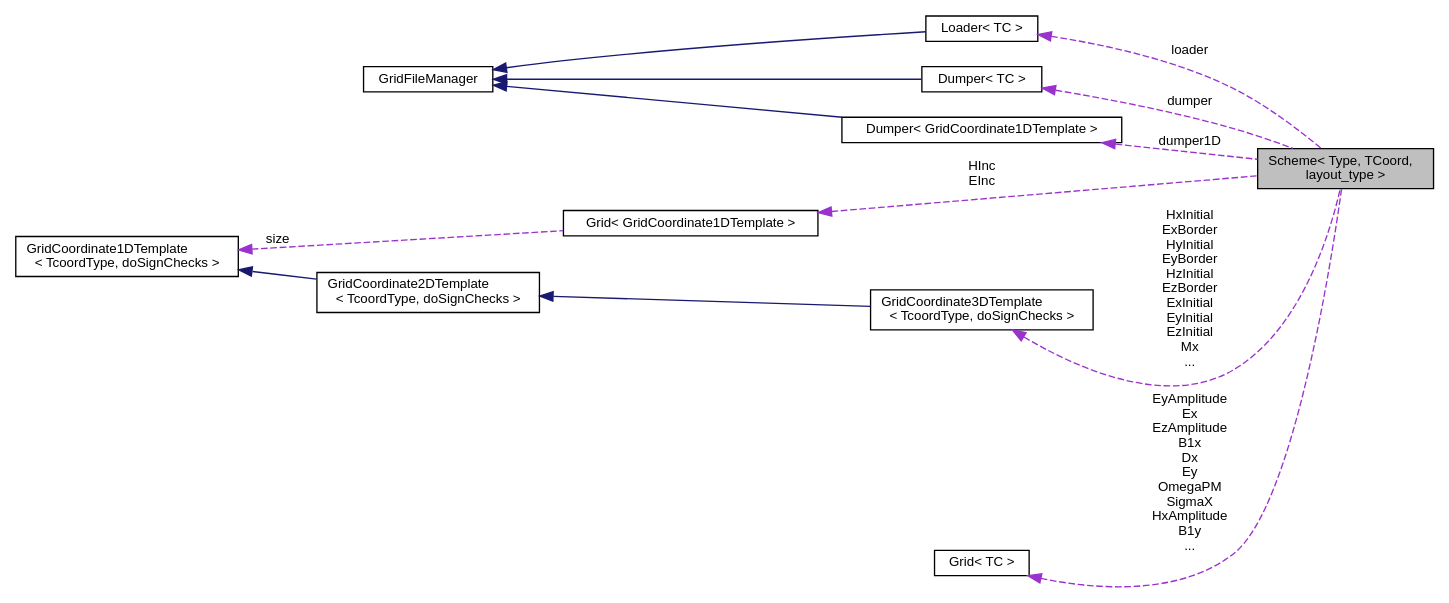
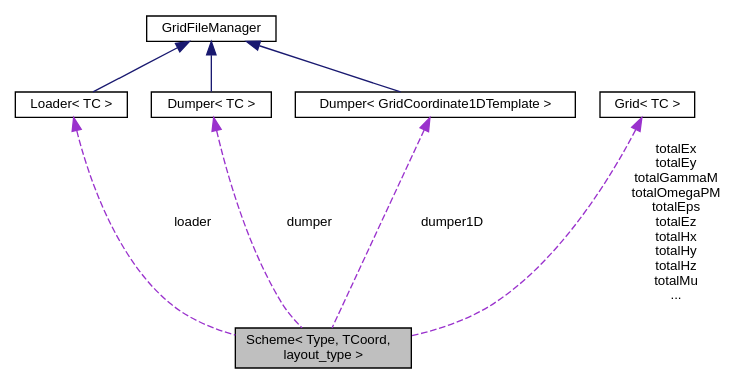
Before and after one commit to zer011b/fdtd3d: the diagram in docs/classScheme__coll__graph.dot, drawn with Graphviz. The commit also changed 260 other files, not shown here.

```diff
--- a/docs/classScheme__coll__graph.dot
+++ b/docs/classScheme__coll__graph.dot
@@ -1,28 +1,18 @@
 digraph "Scheme&lt; Type, TCoord, layout_type &gt;"
 {
   edge [fontname="Helvetica",fontsize="10",labelfontname="Helvetica",labelfontsize="10"];
   node [fontname="Helvetica",fontsize="10",shape=record];
-  rankdir="LR";
   Node1 [label="Scheme\< Type, TCoord,\l layout_type \>",height=0.2,width=0.4,color="black", fillcolor="grey75", style="filled", fontcolor="black"];
   Node2 -> Node1 [dir="back",color="darkorchid3",fontsize="10",style="dashed",label=" loader" ,fontname="Helvetica"];
   Node2 [label="Loader\< TC \>",height=0.2,width=0.4,color="black", fillcolor="white", style="filled",URL="$classLoader.html"];
   Node3 -> Node2 [dir="back",color="midnightblue",fontsize="10",style="solid",fontname="Helvetica"];
   Node3 [label="GridFileManager",height=0.2,width=0.4,color="black", fillcolor="white", style="filled",URL="$classGridFileManager.html"];
-  Node4 -> Node1 [dir="back",color="darkorchid3",fontsize="10",style="dashed",label=" HInc\nEInc" ,fontname="Helvetica"];
-  Node4 [label="Grid\< GridCoordinate1DTemplate \>",height=0.2,width=0.4,color="black", fillcolor="white", style="filled",URL="$classGrid.html"];
-  Node5 -> Node4 [dir="back",color="darkorchid3",fontsize="10",style="dashed",label=" size" ,fontname="Helvetica"];
-  Node5 [label="GridCoordinate1DTemplate\l\< TcoordType, doSignChecks \>",height=0.2,width=0.4,color="black", fillcolor="white", style="filled",URL="$classGridCoordinate1DTemplate.html"];
-  Node6 -> Node1 [dir="back",color="darkorchid3",fontsize="10",style="dashed",label=" EyAmplitude\nEx\nEzAmplitude\nB1x\nDx\nEy\nOmegaPM\nSigmaX\nHxAmplitude\nB1y\n..." ,fontname="Helvetica"];
-  Node6 [label="Grid\< TC \>",height=0.2,width=0.4,color="black", fillcolor="white", style="filled",URL="$classGrid.html"];
-  Node7 -> Node1 [dir="back",color="darkorchid3",fontsize="10",style="dashed",label=" HxInitial\nExBorder\nHyInitial\nEyBorder\nHzInitial\nEzBorder\nExInitial\nEyInitial\nEzInitial\nMx\n..." ,fontname="Helvetica"];
-  Node7 [label="GridCoordinate3DTemplate\l\< TcoordType, doSignChecks \>",height=0.2,width=0.4,color="black", fillcolor="white", style="filled",URL="$classGridCoordinate3DTemplate.html"];
-  Node8 -> Node7 [dir="back",color="midnightblue",fontsize="10",style="solid",fontname="Helvetica"];
-  Node8 [label="GridCoordinate2DTemplate\l\< TcoordType, doSignChecks \>",height=0.2,width=0.4,color="black", fillcolor="white", style="filled",URL="$classGridCoordinate2DTemplate.html"];
-  Node5 -> Node8 [dir="back",color="midnightblue",fontsize="10",style="solid",fontname="Helvetica"];
-  Node9 -> Node1 [dir="back",color="darkorchid3",fontsize="10",style="dashed",label=" dumper" ,fontname="Helvetica"];
-  Node9 [label="Dumper\< TC \>",height=0.2,width=0.4,color="black", fillcolor="white", style="filled",URL="$classDumper.html"];
-  Node3 -> Node9 [dir="back",color="midnightblue",fontsize="10",style="solid",fontname="Helvetica"];
-  Node10 -> Node1 [dir="back",color="darkorchid3",fontsize="10",style="dashed",label=" dumper1D" ,fontname="Helvetica"];
-  Node10 [label="Dumper\< GridCoordinate1DTemplate \>",height=0.2,width=0.4,color="black", fillcolor="white", style="filled",URL="$classDumper.html"];
-  Node3 -> Node10 [dir="back",color="midnightblue",fontsize="10",style="solid",fontname="Helvetica"];
+  Node4 -> Node1 [dir="back",color="darkorchid3",fontsize="10",style="dashed",label=" totalEx\ntotalEy\ntotalGammaM\ntotalOmegaPM\ntotalEps\ntotalEz\ntotalHx\ntotalHy\ntotalHz\ntotalMu\n..." ,fontname="Helvetica"];
+  Node4 [label="Grid\< TC \>",height=0.2,width=0.4,color="black", fillcolor="white", style="filled",URL="$classGrid.html"];
+  Node5 -> Node1 [dir="back",color="darkorchid3",fontsize="10",style="dashed",label=" dumper" ,fontname="Helvetica"];
+  Node5 [label="Dumper\< TC \>",height=0.2,width=0.4,color="black", fillcolor="white", style="filled",URL="$classDumper.html"];
+  Node3 -> Node5 [dir="back",color="midnightblue",fontsize="10",style="solid",fontname="Helvetica"];
+  Node6 -> Node1 [dir="back",color="darkorchid3",fontsize="10",style="dashed",label=" dumper1D" ,fontname="Helvetica"];
+  Node6 [label="Dumper\< GridCoordinate1DTemplate \>",height=0.2,width=0.4,color="black", fillcolor="white", style="filled",URL="$classDumper.html"];
+  Node3 -> Node6 [dir="back",color="midnightblue",fontsize="10",style="solid",fontname="Helvetica"];
 }
```
